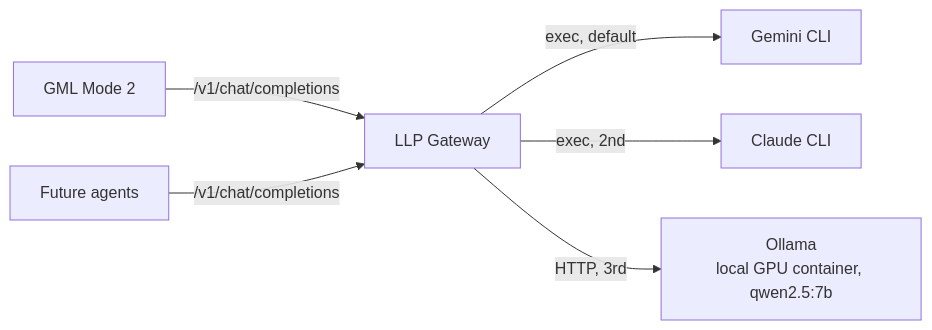
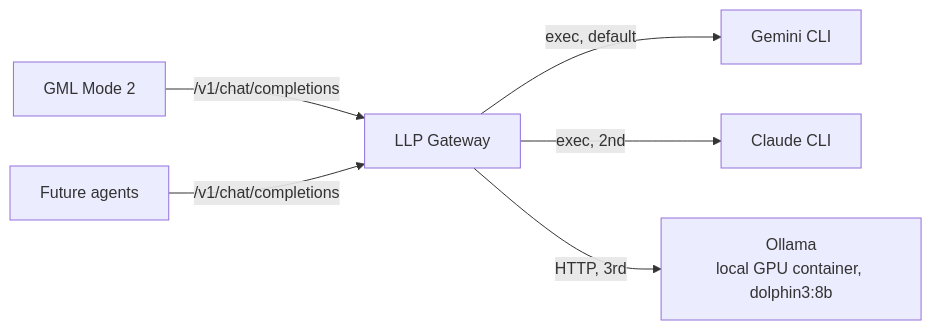
Before and after one commit to topolik/tomas-mead-hall: the diagram in project-management/LLP-llm-proxy/PROJECT.md, drawn with Mermaid. The commit also changed other lines of this file and 7 other files, not shown here.

First line of the commit message:
[LLP] switch default Ollama model from qwen2.5:7b to dolphin3:8b (LLP-019)

````diff
--- a/project-management/LLP-llm-proxy/PROJECT.md
+++ b/project-management/LLP-llm-proxy/PROJECT.md
@@ -15,8 +15,8 @@
 ```mermaid
 graph LR
     GML[GML Mode 2] -->|/v1/chat/completions| LLP[LLP Gateway]
     OTHER[Future agents] -->|/v1/chat/completions| LLP
     LLP -->|exec, default| GEM[Gemini CLI]
     LLP -->|exec, 2nd| CLA[Claude CLI]
-    LLP -->|HTTP, 3rd| OLL[Ollama<br/>local GPU container, qwen2.5:7b]
+    LLP -->|HTTP, 3rd| OLL[Ollama<br/>local GPU container, dolphin3:8b]
 ```
````
